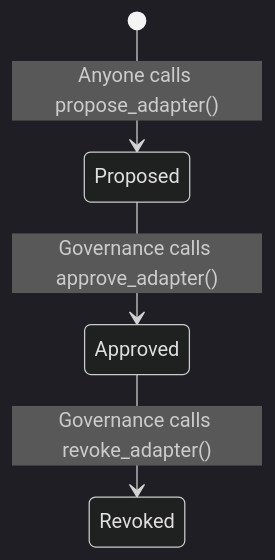
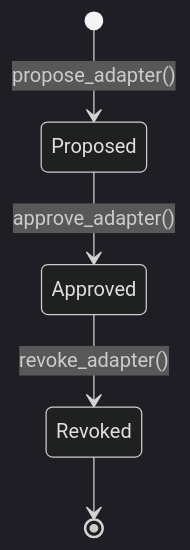
Before and after one commit to max-de-bug/solana-yield-adapter-standard: the diagram in docs-site/registry.mdx, drawn with Mermaid (dark theme). The commit also changed other lines of this file and 20 other files, not shown here.

````diff
--- a/docs-site/registry.mdx
+++ b/docs-site/registry.mdx
@@ -12,6 +14,7 @@
 ```mermaid
 stateDiagram-v2
-    [*] --> Proposed: Anyone calls propose_adapter()
-    Proposed --> Approved: Governance calls approve_adapter()
-    Approved --> Revoked: Governance calls revoke_adapter()
+    [*] --> Proposed: propose_adapter()
+    Proposed --> Approved: approve_adapter()
+    Approved --> Revoked: revoke_adapter()
+    Revoked --> [*]
 ```
````
